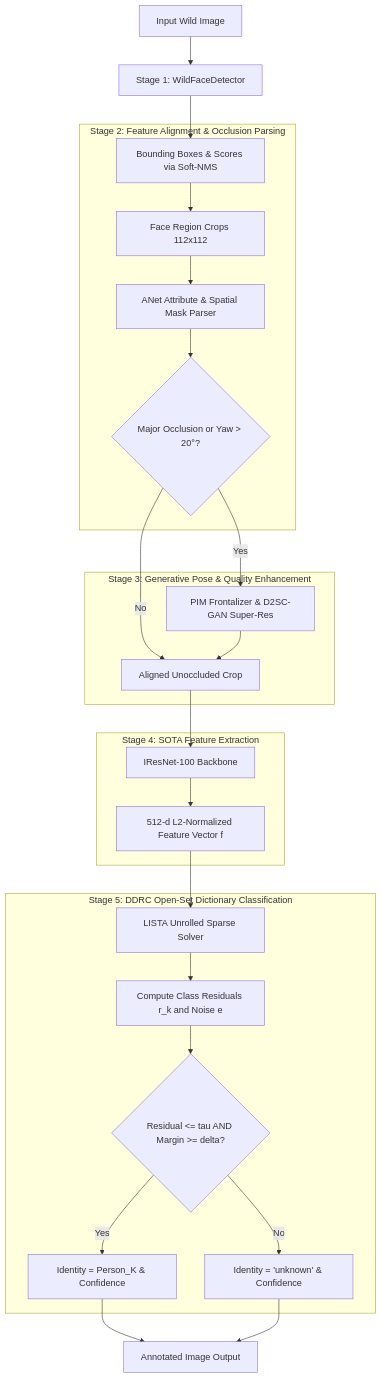
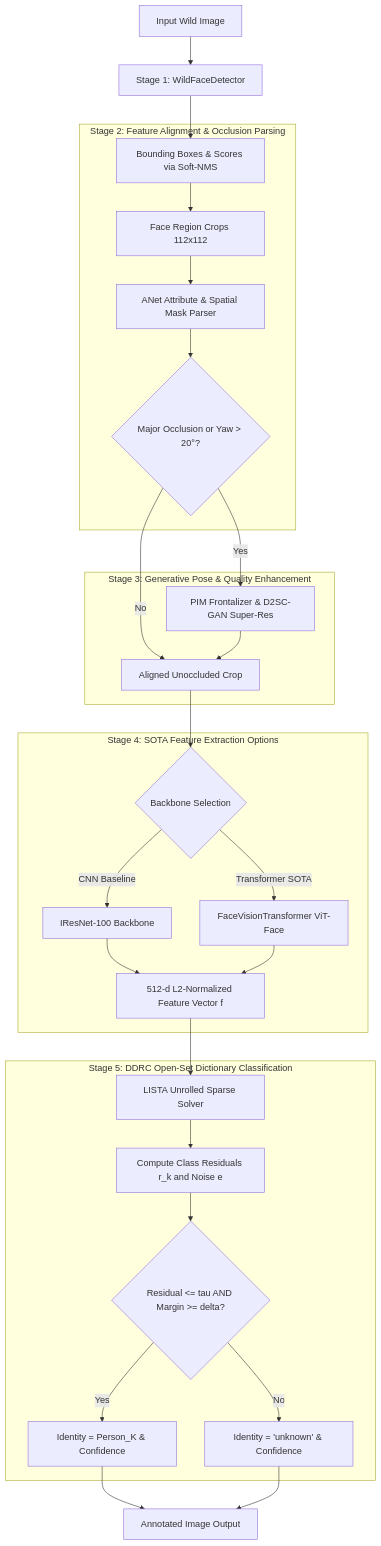
One commit to akshat-1/Face-Recognition-In-Wild changed the seventh of 7 diagrams in context.md. Above: the diagram before and after it, drawn with Mermaid. The commit also changed other lines of this file, not shown here.

Commit message:
docs: Update Section 5 and Section 9 architecture flowcharts to explicitly reflect dual ViT-Face / IResNet-100 backbone selection

````diff
--- a/context.md
+++ b/context.md
@@ -419,33 +425,36 @@
 ```mermaid
 flowchart TD
     Input[Input Wild Image] --> Stage1[Stage 1: WildFaceDetector]
     Stage1 --> BBoxes[Bounding Boxes & Scores via Soft-NMS]
     
     subgraph Stage 2: Feature Alignment & Occlusion Parsing
         BBoxes --> Crop[Face Region Crops 112x112]
         Crop --> ANet[ANet Attribute & Spatial Mask Parser]
         ANet --> OccCheck{Major Occlusion or Yaw > 20°?}
     end
     
     subgraph Stage 3: Generative Pose & Quality Enhancement
         OccCheck -- Yes --> PIM[PIM Frontalizer & D2SC-GAN Super-Res]
         OccCheck -- No --> BackboneInput[Aligned Unoccluded Crop]
         PIM --> BackboneInput
     end
     
-    subgraph Stage 4: SOTA Feature Extraction
-        BackboneInput --> IResNet[IResNet-100 Backbone]
+    subgraph Stage 4: SOTA Feature Extraction Options
+        BackboneInput --> Choice{Backbone Selection}
+        Choice -- CNN Baseline --> IResNet[IResNet-100 Backbone]
+        Choice -- Transformer SOTA --> ViT[FaceVisionTransformer ViT-Face]
         IResNet --> Embed[512-d L2-Normalized Feature Vector f]
+        ViT --> Embed
     end
     
     subgraph Stage 5: DDRC Open-Set Dictionary Classification
         Embed --> LISTA[LISTA Unrolled Sparse Solver]
         LISTA --> ResidualCalc[Compute Class Residuals r_k and Noise e]
         ResidualCalc --> Gate{Residual <= tau AND Margin >= delta?}
         Gate -- Yes --> Known[Identity = Person_K & Confidence]
         Gate -- No --> Unknown[Identity = 'unknown' & Confidence]
     end
     
     Known --> Output[Annotated Image Output]
     Unknown --> Output
 ```
````
